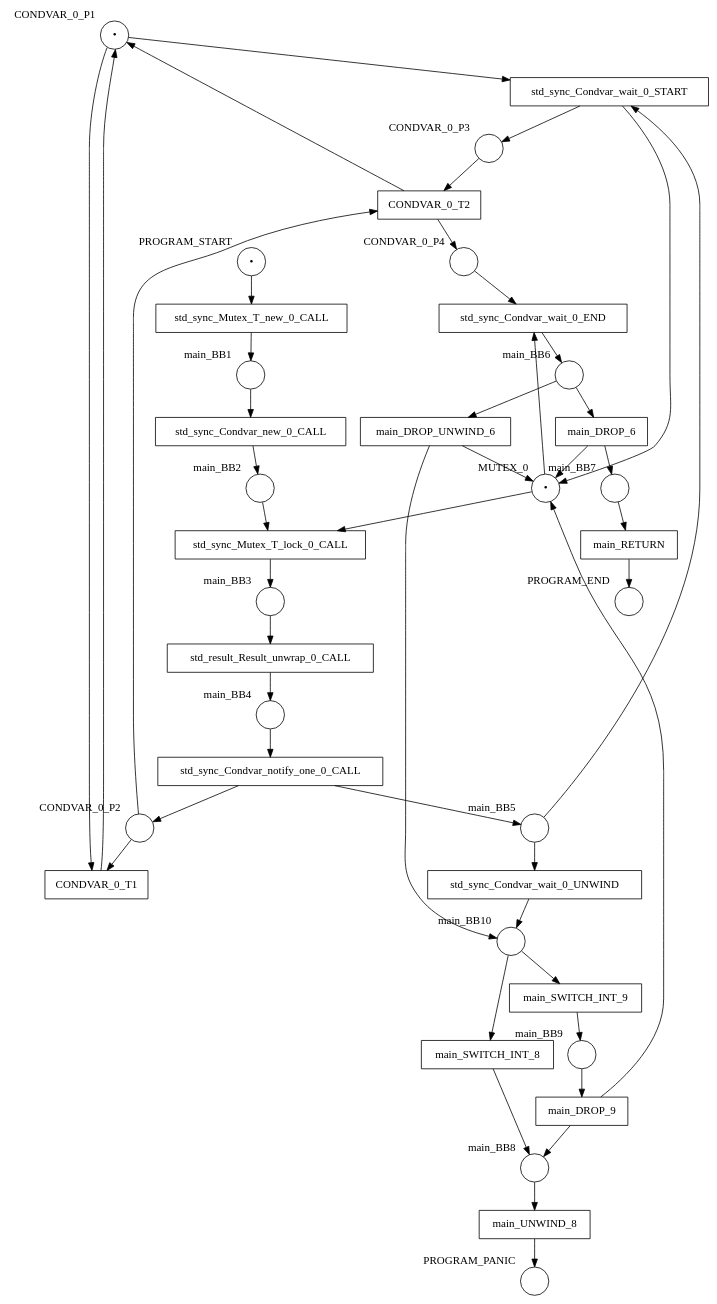
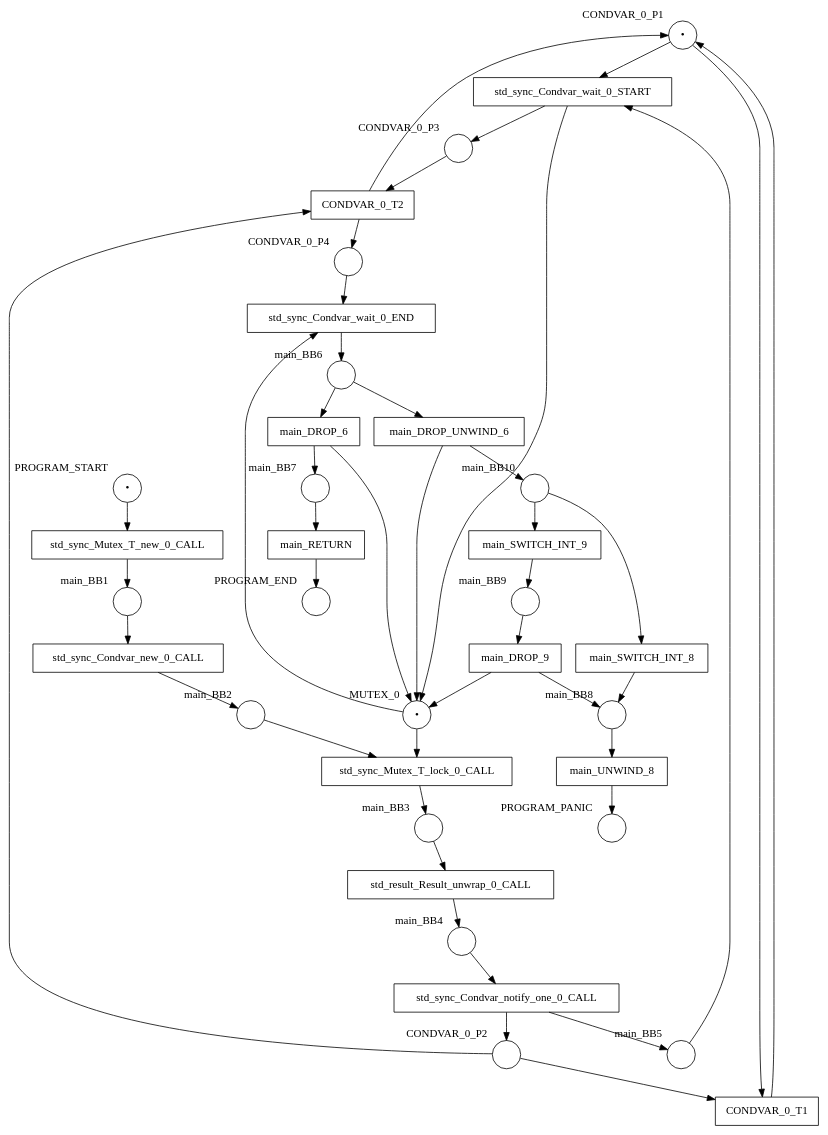
Before and after one commit to hlisdero/cargo-check-deadlock: the diagram in examples/results/condvar/self_notify_lost_signal/net.dot, drawn with Graphviz. The commit also changed 6 other files, not shown here.

First line of the commit message:
Assume that `std::sync::Condvar::wait` never unwinds

```diff
--- a/examples/results/condvar/self_notify_lost_signal/net.dot
+++ b/examples/results/condvar/self_notify_lost_signal/net.dot
@@ -1,82 +1,79 @@
 digraph petrinet {
     CONDVAR_0_P1 [shape="circle" xlabel="CONDVAR_0_P1" label="•"];
     CONDVAR_0_P2 [shape="circle" xlabel="CONDVAR_0_P2" label=""];
     CONDVAR_0_P3 [shape="circle" xlabel="CONDVAR_0_P3" label=""];
     CONDVAR_0_P4 [shape="circle" xlabel="CONDVAR_0_P4" label=""];
     MUTEX_0 [shape="circle" xlabel="MUTEX_0" label="•"];
     PROGRAM_END [shape="circle" xlabel="PROGRAM_END" label=""];
     PROGRAM_PANIC [shape="circle" xlabel="PROGRAM_PANIC" label=""];
     PROGRAM_START [shape="circle" xlabel="PROGRAM_START" label="•"];
     main_BB1 [shape="circle" xlabel="main_BB1" label=""];
     main_BB10 [shape="circle" xlabel="main_BB10" label=""];
     main_BB2 [shape="circle" xlabel="main_BB2" label=""];
     main_BB3 [shape="circle" xlabel="main_BB3" label=""];
     main_BB4 [shape="circle" xlabel="main_BB4" label=""];
     main_BB5 [shape="circle" xlabel="main_BB5" label=""];
     main_BB6 [shape="circle" xlabel="main_BB6" label=""];
     main_BB7 [shape="circle" xlabel="main_BB7" label=""];
     main_BB8 [shape="circle" xlabel="main_BB8" label=""];
     main_BB9 [shape="circle" xlabel="main_BB9" label=""];
     CONDVAR_0_T1 [shape="box" xlabel="" label="CONDVAR_0_T1"];
     CONDVAR_0_T2 [shape="box" xlabel="" label="CONDVAR_0_T2"];
     main_DROP_6 [shape="box" xlabel="" label="main_DROP_6"];
     main_DROP_9 [shape="box" xlabel="" label="main_DROP_9"];
     main_DROP_UNWIND_6 [shape="box" xlabel="" label="main_DROP_UNWIND_6"];
     main_RETURN [shape="box" xlabel="" label="main_RETURN"];
     main_SWITCH_INT_8 [shape="box" xlabel="" label="main_SWITCH_INT_8"];
     main_SWITCH_INT_9 [shape="box" xlabel="" label="main_SWITCH_INT_9"];
     main_UNWIND_8 [shape="box" xlabel="" label="main_UNWIND_8"];
     std_result_Result_unwrap_0_CALL [shape="box" xlabel="" label="std_result_Result_unwrap_0_CALL"];
     std_sync_Condvar_new_0_CALL [shape="box" xlabel="" label="std_sync_Condvar_new_0_CALL"];
     std_sync_Condvar_notify_one_0_CALL [shape="box" xlabel="" label="std_sync_Condvar_notify_one_0_CALL"];
     std_sync_Condvar_wait_0_END [shape="box" xlabel="" label="std_sync_Condvar_wait_0_END"];
     std_sync_Condvar_wait_0_START [shape="box" xlabel="" label="std_sync_Condvar_wait_0_START"];
-    std_sync_Condvar_wait_0_UNWIND [shape="box" xlabel="" label="std_sync_Condvar_wait_0_UNWIND"];
     std_sync_Mutex_T_lock_0_CALL [shape="box" xlabel="" label="std_sync_Mutex_T_lock_0_CALL"];
     std_sync_Mutex_T_new_0_CALL [shape="box" xlabel="" label="std_sync_Mutex_T_new_0_CALL"];
     CONDVAR_0_P1 -> CONDVAR_0_T1;
     CONDVAR_0_P1 -> std_sync_Condvar_wait_0_START;
     CONDVAR_0_P2 -> CONDVAR_0_T1;
     CONDVAR_0_P2 -> CONDVAR_0_T2;
     CONDVAR_0_P3 -> CONDVAR_0_T2;
     CONDVAR_0_P4 -> std_sync_Condvar_wait_0_END;
     MUTEX_0 -> std_sync_Condvar_wait_0_END;
     MUTEX_0 -> std_sync_Mutex_T_lock_0_CALL;
     PROGRAM_START -> std_sync_Mutex_T_new_0_CALL;
     main_BB1 -> std_sync_Condvar_new_0_CALL;
     main_BB10 -> main_SWITCH_INT_8;
     main_BB10 -> main_SWITCH_INT_9;
     main_BB2 -> std_sync_Mutex_T_lock_0_CALL;
     main_BB3 -> std_result_Result_unwrap_0_CALL;
     main_BB4 -> std_sync_Condvar_notify_one_0_CALL;
     main_BB5 -> std_sync_Condvar_wait_0_START;
-    main_BB5 -> std_sync_Condvar_wait_0_UNWIND;
     main_BB6 -> main_DROP_6;
     main_BB6 -> main_DROP_UNWIND_6;
     main_BB7 -> main_RETURN;
     main_BB8 -> main_UNWIND_8;
     main_BB9 -> main_DROP_9;
     CONDVAR_0_T1 -> CONDVAR_0_P1;
     CONDVAR_0_T2 -> CONDVAR_0_P1;
     CONDVAR_0_T2 -> CONDVAR_0_P4;
     main_DROP_6 -> MUTEX_0;
     main_DROP_6 -> main_BB7;
     main_DROP_9 -> MUTEX_0;
     main_DROP_9 -> main_BB8;
     main_DROP_UNWIND_6 -> MUTEX_0;
     main_DROP_UNWIND_6 -> main_BB10;
     main_RETURN -> PROGRAM_END;
     main_SWITCH_INT_8 -> main_BB8;
     main_SWITCH_INT_9 -> main_BB9;
     main_UNWIND_8 -> PROGRAM_PANIC;
     std_result_Result_unwrap_0_CALL -> main_BB4;
     std_sync_Condvar_new_0_CALL -> main_BB2;
     std_sync_Condvar_notify_one_0_CALL -> CONDVAR_0_P2;
     std_sync_Condvar_notify_one_0_CALL -> main_BB5;
     std_sync_Condvar_wait_0_END -> main_BB6;
     std_sync_Condvar_wait_0_START -> CONDVAR_0_P3;
     std_sync_Condvar_wait_0_START -> MUTEX_0;
-    std_sync_Condvar_wait_0_UNWIND -> main_BB10;
     std_sync_Mutex_T_lock_0_CALL -> main_BB3;
     std_sync_Mutex_T_new_0_CALL -> main_BB1;
 }
```
